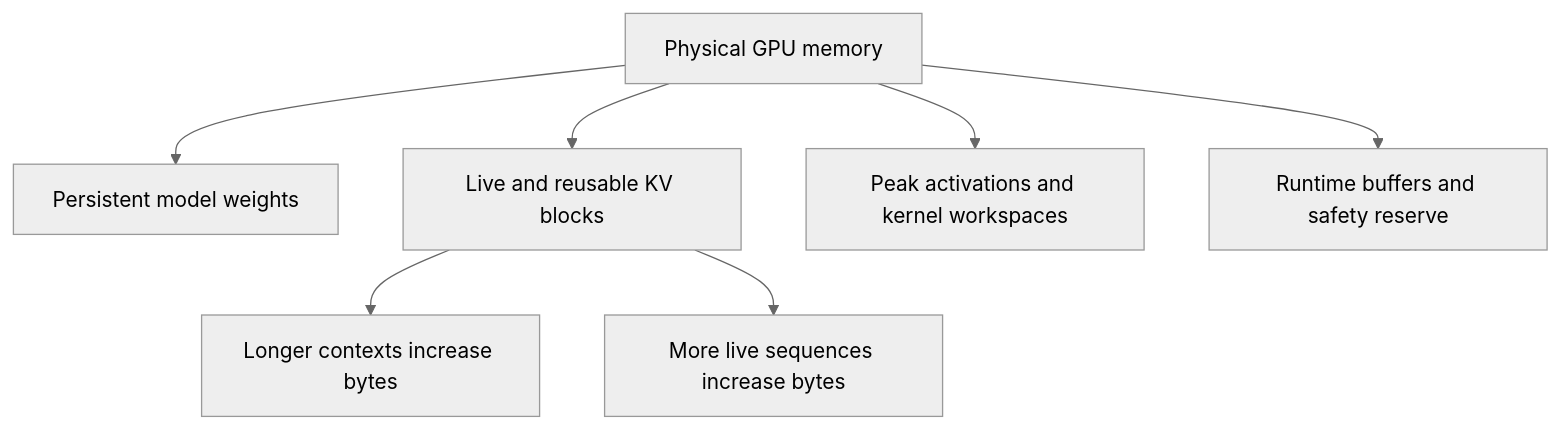
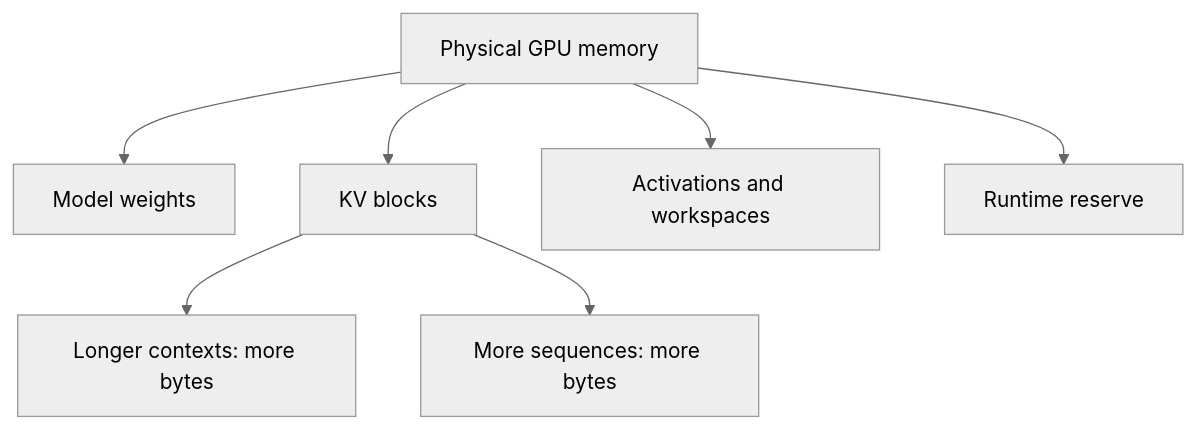
One commit to prkprime/ai changed the first of 3 diagrams in docs/branch-07-llmops-serving/notes.md. Above: the diagram before and after it, drawn with Mermaid (neutral theme). The commit also changed other lines of this file and 12 other files, not shown here.

First line of the commit message:
docs: Fix mobile overflow and diagram readability

````diff
--- a/docs/branch-07-llmops-serving/notes.md
+++ b/docs/branch-07-llmops-serving/notes.md
@@ -57,9 +57,9 @@
 ```mermaid
 flowchart TD
-    V["Physical GPU memory"] --> W["Persistent model weights"]
-    V --> K["Live and reusable KV blocks"]
-    V --> A["Peak activations and kernel workspaces"]
-    V --> R["Runtime buffers and safety reserve"]
-    K --> L["Longer contexts increase bytes"]
-    K --> B["More live sequences increase bytes"]
+    V["Physical GPU memory"] --> W["Model weights"]
+    V --> K["KV blocks"]
+    V --> A["Activations and workspaces"]
+    V --> R["Runtime reserve"]
+    K --> L["Longer contexts: more bytes"]
+    K --> B["More sequences: more bytes"]
 ```
````
